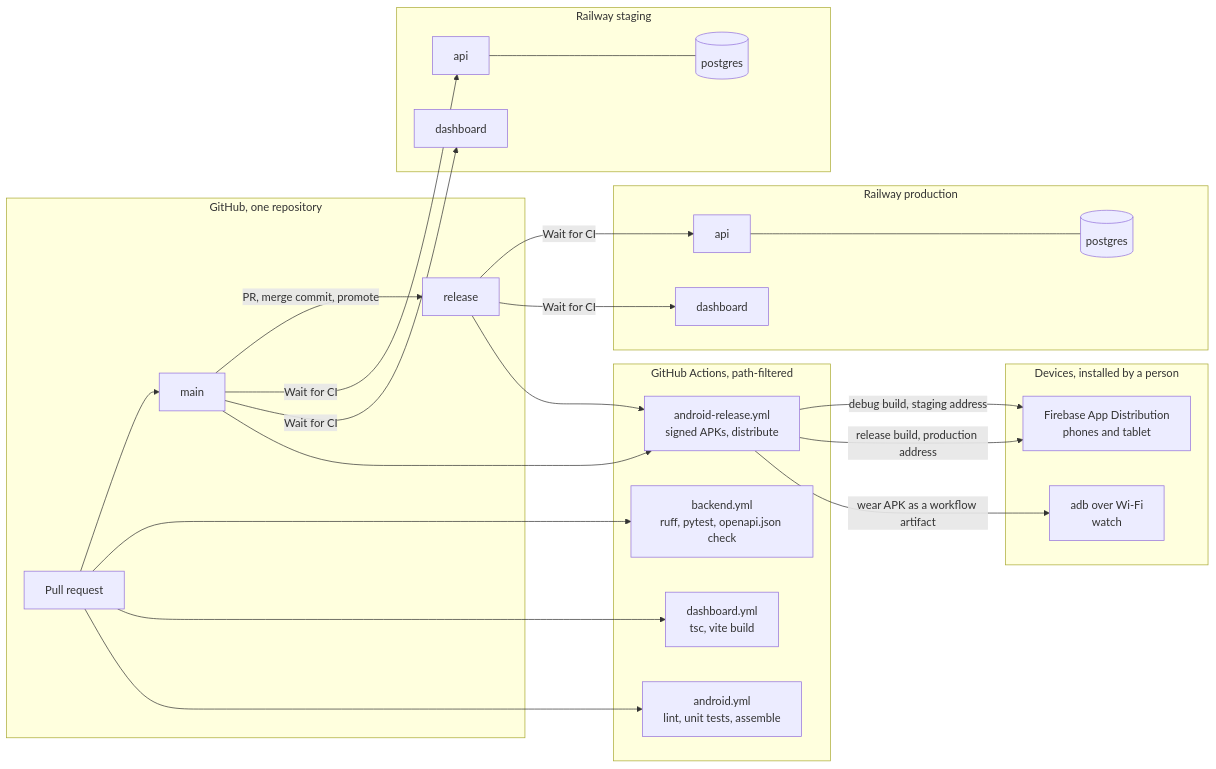
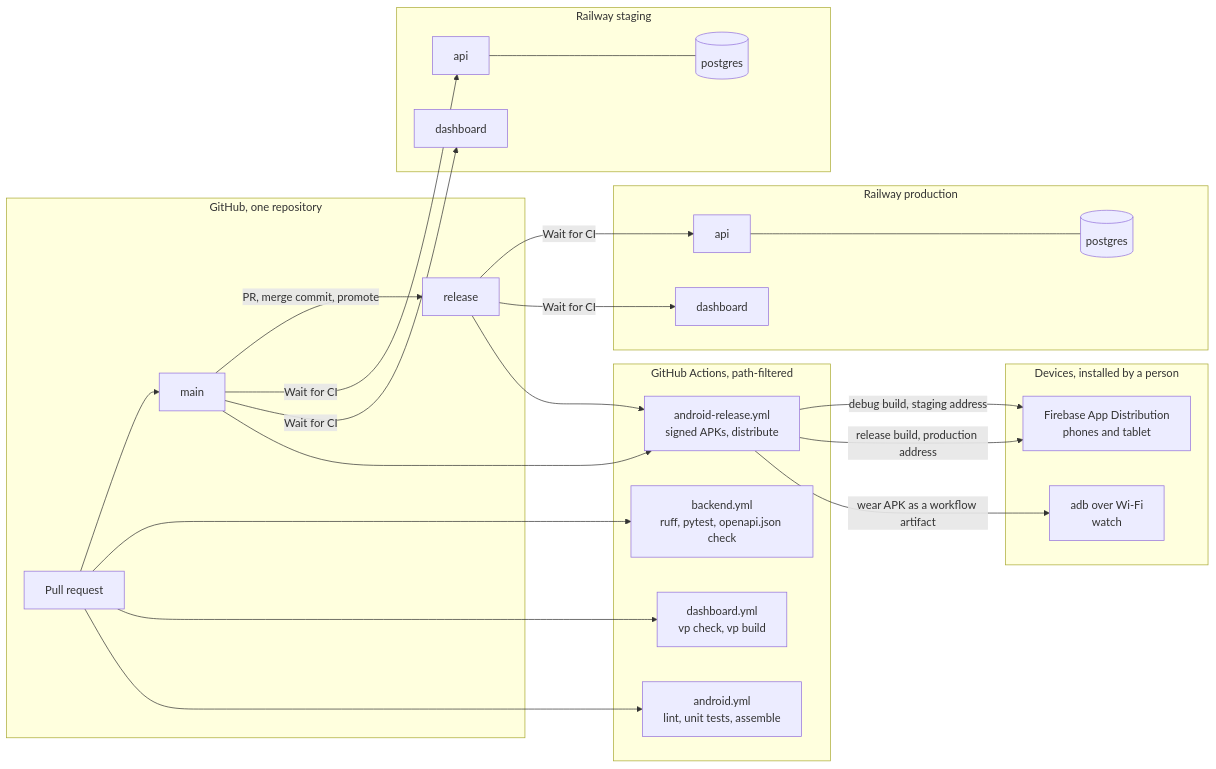
The third of 3 diagrams in docs/adr/ADR-001-monorepo-and-delivery.md (paulhondola/EchoCare), drawn with Mermaid before and after one commit. The commit also changed 7 other files, not shown here.

First line of the commit message:
build(dashboard): move to Vite+ for format, lint and type checks

````diff
--- a/docs/adr/ADR-001-monorepo-and-delivery.md
+++ b/docs/adr/ADR-001-monorepo-and-delivery.md
@@ -542,42 +542,42 @@
 ```mermaid
 flowchart LR
     subgraph GIT["GitHub, one repository"]
         PR["Pull request"] --> MAIN["main"]
         MAIN -->|"PR, merge commit, promote"| REL["release"]
     end
 
     subgraph ACT["GitHub Actions, path-filtered"]
         BW["backend.yml<br/>ruff, pytest, openapi.json check"]
-        DW["dashboard.yml<br/>tsc, vite build"]
+        DW["dashboard.yml<br/>vp check, vp build"]
         AW["android.yml<br/>lint, unit tests, assemble"]
         AR["android-release.yml<br/>signed APKs, distribute"]
     end
 
     subgraph STG["Railway staging"]
         SAPI["api"]
         SDB[("postgres")]
         SDASH["dashboard"]
     end
 
     subgraph PRD["Railway production"]
         PAPI["api"]
         PDB[("postgres")]
         PDASH["dashboard"]
     end
 
     subgraph DEV["Devices, installed by a person"]
         FAD["Firebase App Distribution<br/>phones and tablet"]
         ADB["adb over Wi-Fi<br/>watch"]
     end
 
     PR --> BW & DW & AW
     MAIN -->|"Wait for CI"| SAPI & SDASH
     REL -->|"Wait for CI"| PAPI & PDASH
     MAIN --> AR
     REL --> AR
     AR -->|"debug build, staging address"| FAD
     AR -->|"release build, production address"| FAD
     AR -->|"wear APK as a workflow artifact"| ADB
     SAPI --- SDB
     PAPI --- PDB
 ```
````
